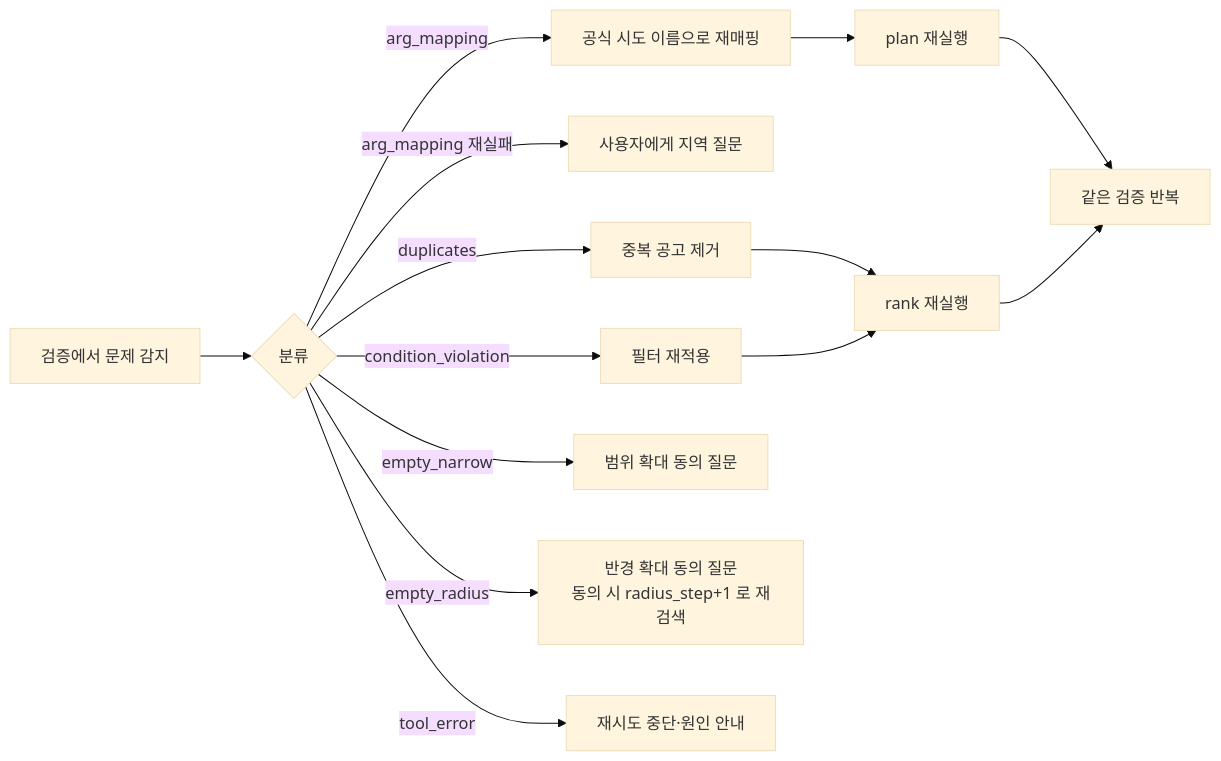
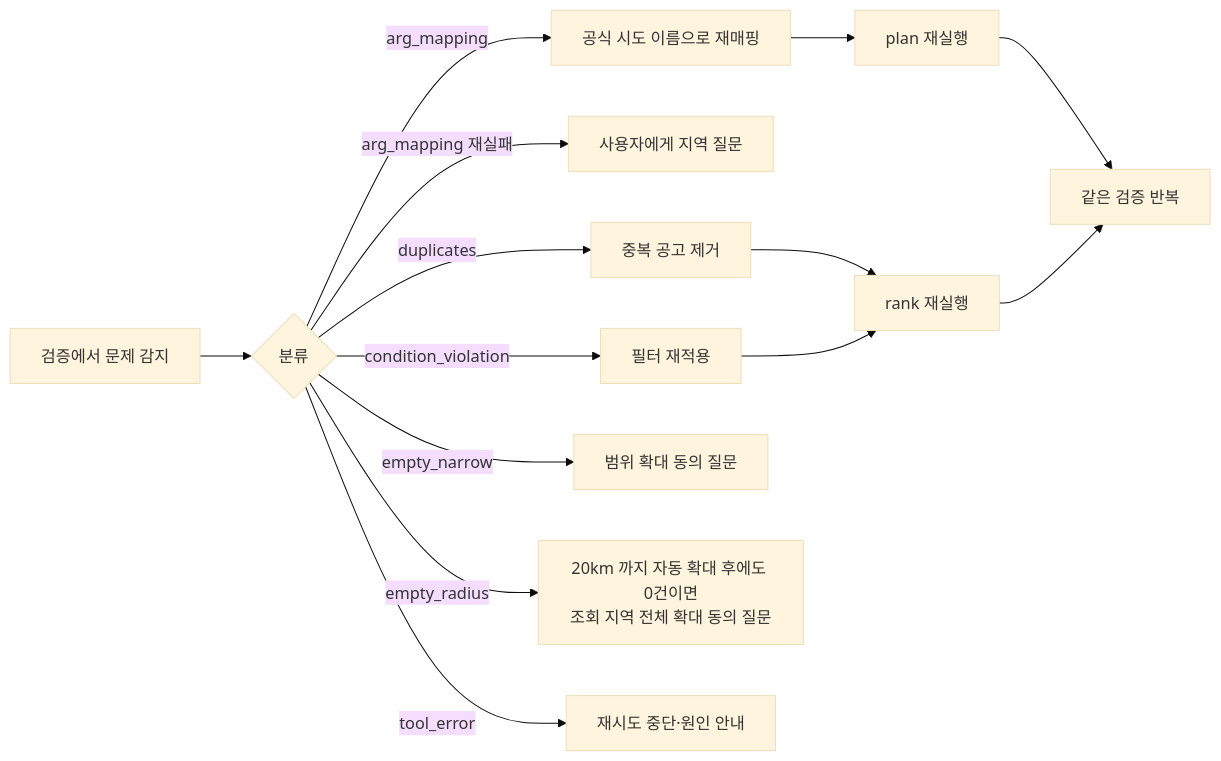
The third of 3 diagrams in docs/architecture.md (aio-03-p2-team1/aio-03-p2-team1), drawn with Mermaid (base theme) before and after one commit. The commit also changed other lines of this file and 5 other files, not shown here.

````diff
--- a/docs/architecture.md
+++ b/docs/architecture.md
@@ -159,13 +159,13 @@
 ```mermaid
 flowchart LR
   D[검증에서 문제 감지] --> C{분류}
   C -- arg_mapping --> M[공식 시도 이름으로 재매핑] --> P[plan 재실행]
   C -- arg_mapping 재실패 --> U[사용자에게 지역 질문]
   C -- duplicates --> DD[중복 공고 제거] --> RR[rank 재실행]
   C -- condition_violation --> RF[필터 재적용] --> RR
   C -- empty_narrow --> W[범위 확대 동의 질문]
-  C -- empty_radius --> WR[반경 확대 동의 질문<br/>동의 시 radius_step+1 로 재검색]
+  C -- empty_radius --> WR[20km 까지 자동 확대 후에도 0건이면<br/>조회 지역 전체 확대 동의 질문]
   C -- tool_error --> STOP[재시도 중단·원인 안내]
   P --> V[같은 검증 반복]
   RR --> V
 ```
````
